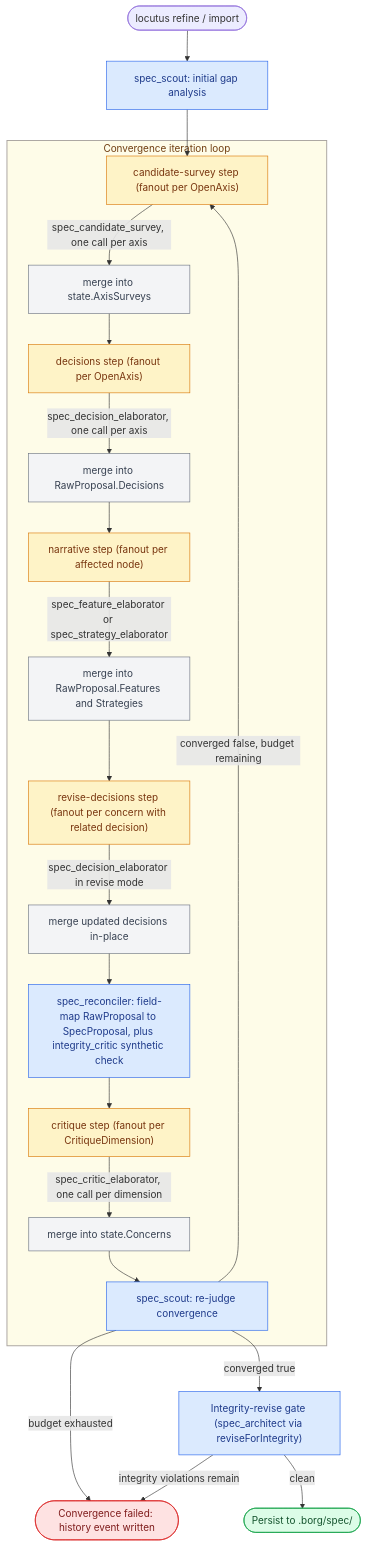
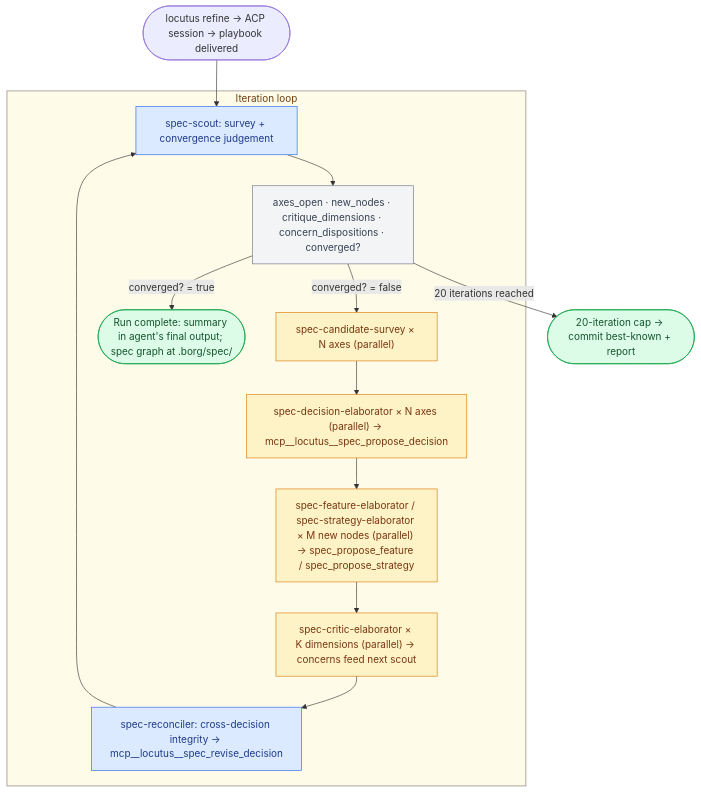
Before and after one commit to glorious-beard/locutus: the diagram in docs/council.md, drawn with Mermaid. The commit also changed other lines of this file and 2 other files, not shown here.

First line of the commit message:
docs: rewrite council/agent-conventions/debugging-traces for the playbook model (phase 6 ckpt 3)

````diff
--- a/docs/council.md
+++ b/docs/council.md
@@ -21,53 +19,39 @@
 ```mermaid
 graph TD
-    Start(["locutus refine / import"]) --> Scout0["spec_scout: initial gap analysis"]
-    Scout0 --> CandidateSurvey
+    Start(["locutus refine → ACP session → playbook delivered"]) --> Survey
 
-    subgraph loop ["Convergence iteration loop"]
-        CandidateSurvey["candidate-survey step (fanout per OpenAxis)"]
-        CandidateSurveyDone["merge into state.AxisSurveys"]
-        Decisions["decisions step (fanout per OpenAxis)"]
-        DecisionsDone["merge into RawProposal.Decisions"]
-        Narrative["narrative step (fanout per affected node)"]
-        NarrativeDone["merge into RawProposal.Features and Strategies"]
-        Revise["revise-decisions step (fanout per concern with related decision)"]
-        ReviseDone["merge updated decisions in-place"]
-        Reconcile["spec_reconciler: field-map RawProposal to SpecProposal, plus integrity_critic synthetic check"]
-        Critique["critique step (fanout per CritiqueDimension)"]
-        CritiqueDone["merge into state.Concerns"]
-        ScoutTail["spec_scout: re-judge convergence"]
+    subgraph loop ["Iteration loop"]
+        Survey["spec-scout: survey + convergence judgement"]
+        Surveyed["axes_open · new_nodes · critique_dimensions · concern_dispositions · converged?"]
+        CandidateSurveys["spec-candidate-survey × N axes (parallel)"]
+        Decisions["spec-decision-elaborator × N axes (parallel) → mcp__locutus__spec_propose_decision"]
+        Narratives["spec-feature-elaborator / spec-strategy-elaborator × M new nodes (parallel) → spec_propose_feature / spec_propose_strategy"]
+        Critics["spec-critic-elaborator × K dimensions (parallel) → concerns feed next scout"]
+        Reconcile["spec-reconciler: cross-decision integrity → mcp__locutus__spec_revise_decision"]
 
-        CandidateSurvey -- "spec_candidate_survey, one call per axis" --> CandidateSurveyDone
-        CandidateSurveyDone --> Decisions
-        Decisions -- "spec_decision_elaborator, one call per axis" --> DecisionsDone
-        DecisionsDone --> Narrative
-        Narrative -- "spec_feature_elaborator or spec_strategy_elaborator" --> NarrativeDone
-        NarrativeDone --> Revise
-        Revise -- "spec_decision_elaborator in revise mode" --> ReviseDone
-        ReviseDone --> Reconcile
-        Reconcile --> Critique
-        Critique -- "spec_critic_elaborator, one call per dimension" --> CritiqueDone
-        CritiqueDone --> ScoutTail
+        Survey --> Surveyed
+        Surveyed -- "converged? = true" --> Done
+        Surveyed -- "converged? = false" --> CandidateSurveys
+        CandidateSurveys --> Decisions
+        Decisions --> Narratives
+        Narratives --> Critics
+        Critics --> Reconcile
+        Reconcile --> Survey
     end
 
-    ScoutTail -- "converged false, budget remaining" --> CandidateSurvey
-    ScoutTail -- "converged true" --> Persist["Integrity-revise gate (spec_architect via reviseForIntegrity)"]
-    ScoutTail -- "budget exhausted" --> Failed(["Convergence failed: history event written"])
-
-    Persist -- "integrity violations remain" --> Failed
-    Persist -- "clean" --> Done(["Persist to .borg/spec/"])
+    Done(["Run complete: summary in agent's final output; spec graph at .borg/spec/"])
+    Cap(["20-iteration cap → commit best-known + report"])
+    Surveyed -- "20 iterations reached" --> Cap
 
     classDef agent fill:#dbeafe,stroke:#2563eb,color:#1e3a8a
     classDef fanout fill:#fef3c7,stroke:#d97706,color:#78350f
     classDef merge fill:#f3f4f6,stroke:#6b7280,color:#374151
-    classDef terminal fill:#fee2e2,stroke:#dc2626,color:#7f1d1d
-    classDef done fill:#dcfce7,stroke:#16a34a,color:#14532d
+    classDef terminal fill:#dcfce7,stroke:#16a34a,color:#14532d
 
-    class Scout0,Reconcile,ScoutTail,Persist agent
-    class CandidateSurvey,Decisions,Narrative,Revise,Critique fanout
-    class CandidateSurveyDone,DecisionsDone,NarrativeDone,ReviseDone,CritiqueDone merge
-    class Failed terminal
-    class Done done
+    class Survey,Reconcile agent
+    class CandidateSurveys,Decisions,Narratives,Critics fanout
+    class Surveyed merge
+    class Done,Cap terminal
 
     style loop fill:#fefce8,stroke:#a8a29e,stroke-width:1.5px,color:#713f12
 ```
````
